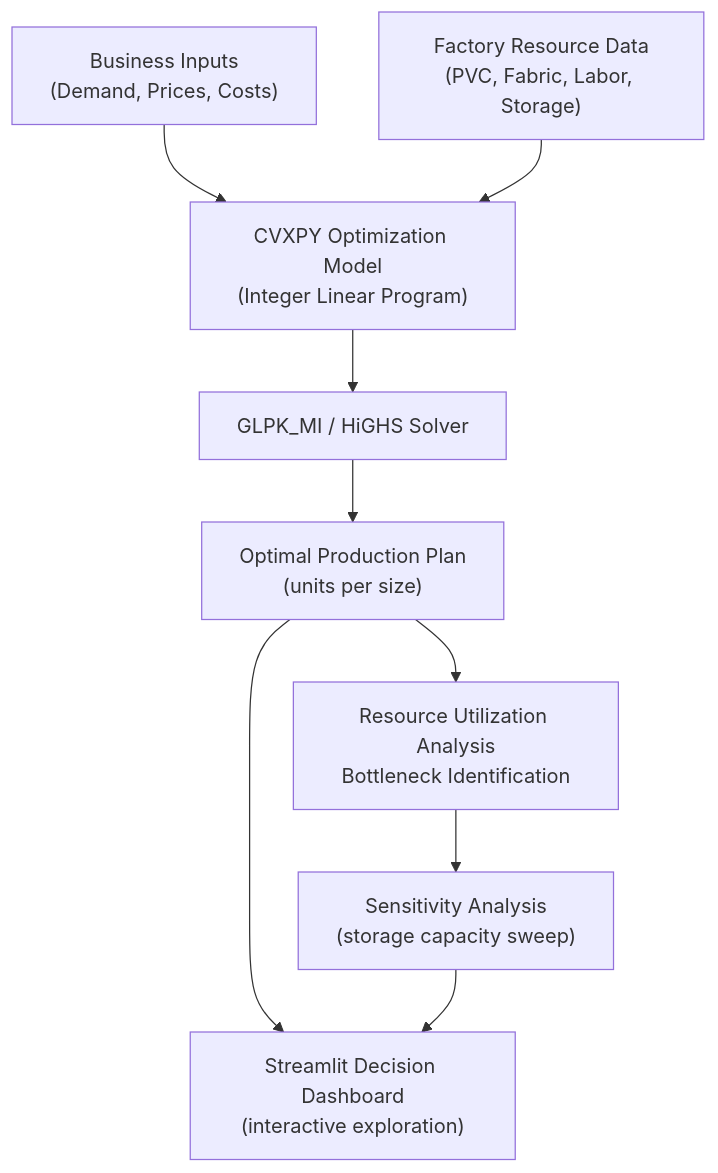
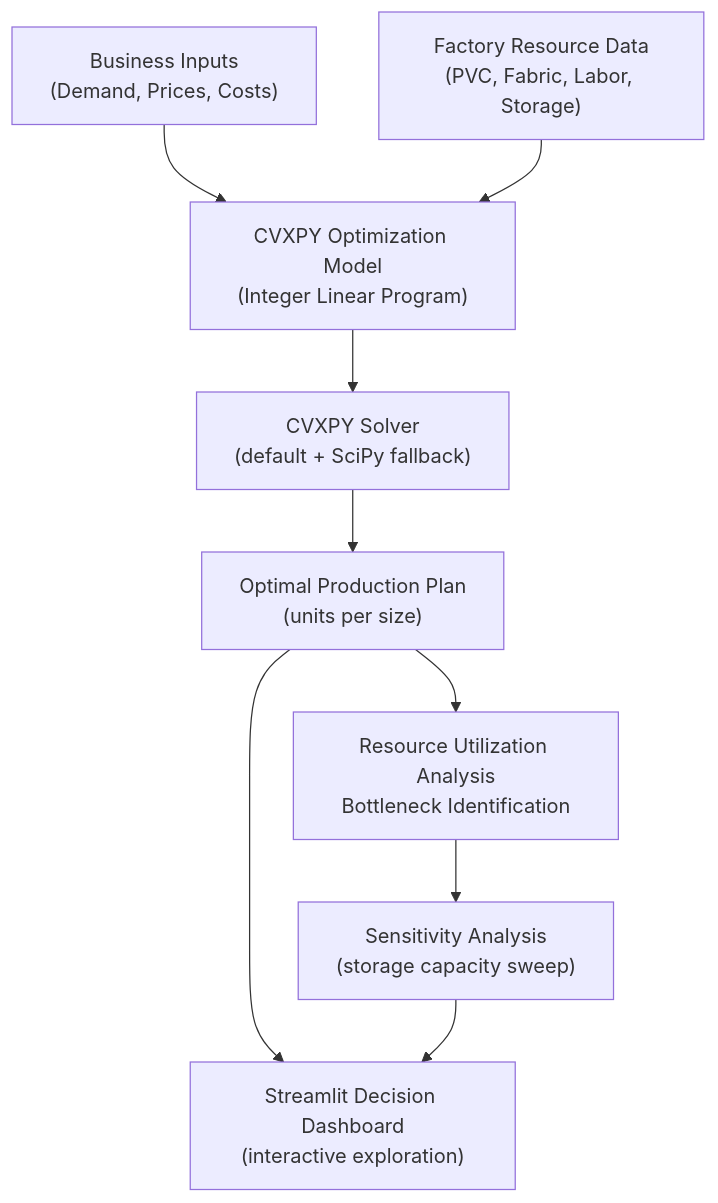
The diagram in README.md (MohameddTamerr/Easy-Organizer-Production-Optimization), drawn with Mermaid before and after one commit. The commit also changed other lines of this file and 1 other file, not shown here.

Commit message:
Fix README accuracy: solver description, variable types, dependencies

````diff
--- a/README.md
+++ b/README.md
@@ -101,20 +101,20 @@
 ```mermaid
 flowchart TD
     A["Business Inputs\n(Demand, Prices, Costs)"]
     B["Factory Resource Data\n(PVC, Fabric, Labor, Storage)"]
     C["CVXPY Optimization Model\n(Integer Linear Program)"]
-    D["GLPK_MI / HiGHS Solver"]
+    D["CVXPY Solver\n(default + SciPy fallback)"]
     E["Optimal Production Plan\n(units per size)"]
     F["Resource Utilization Analysis\nBottleneck Identification"]
     G["Sensitivity Analysis\n(storage capacity sweep)"]
     H["Streamlit Decision Dashboard\n(interactive exploration)"]
 
     A --> C
     B --> C
     C --> D
     D --> E
     E --> F
     F --> G
     E --> H
     G --> H
 ```
````
